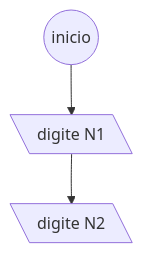
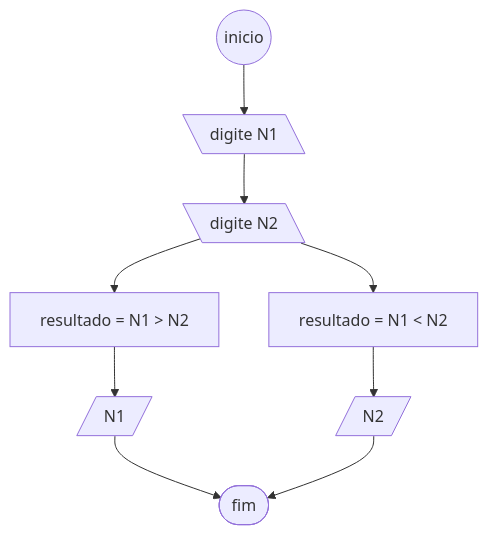
The sixth of 10 diagrams in LP/Listas de Exercícios/LP_Lista_01/README.md (hebertsantossoares/Lp-Caina), drawn with Mermaid before and after one commit. The commit also changed other lines of this file and 135 other files, not shown here.

````diff
--- a/LP/Listas de Exercícios/LP_Lista_01/README.md
+++ b/LP/Listas de Exercícios/LP_Lista_01/README.md
@@ -81,5 +84,11 @@
-   ```mermaid
+    ```mermaid
    flowchart TD
       start((inicio)) --> input1[\ digite N1\]
    input1 --> input2[\ digite N2\]
+   input2 --> resultado1[ resultado = N1 > N2]
+   input2 --> resultado2[ resultado = N1 < N2]
+   resultado1 --> resposta1[/N1/]
+   resultado2 --> resposta2[/N2/]
+   resposta1 --> finish([fim])
+   resposta2 --> finish
    ```
````
